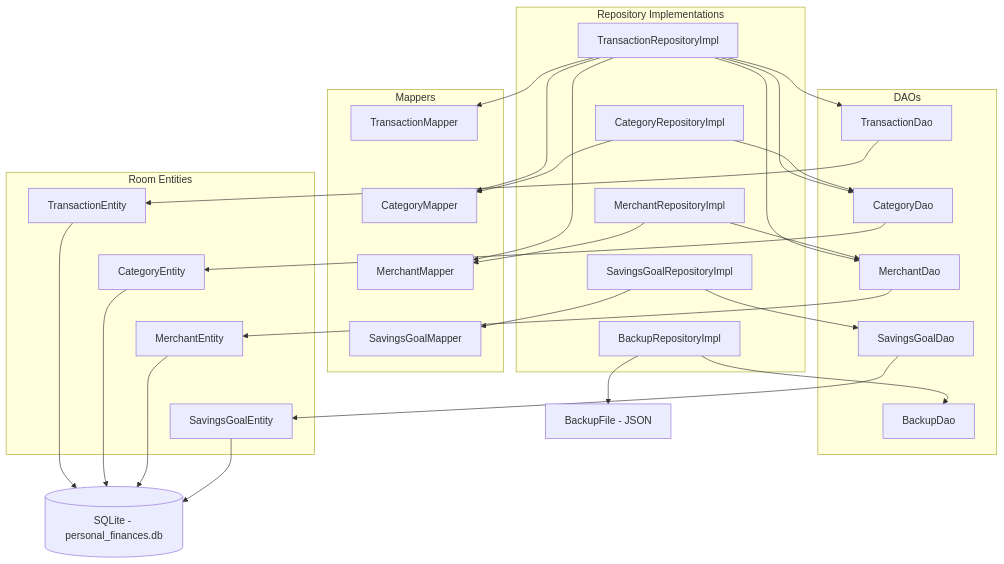
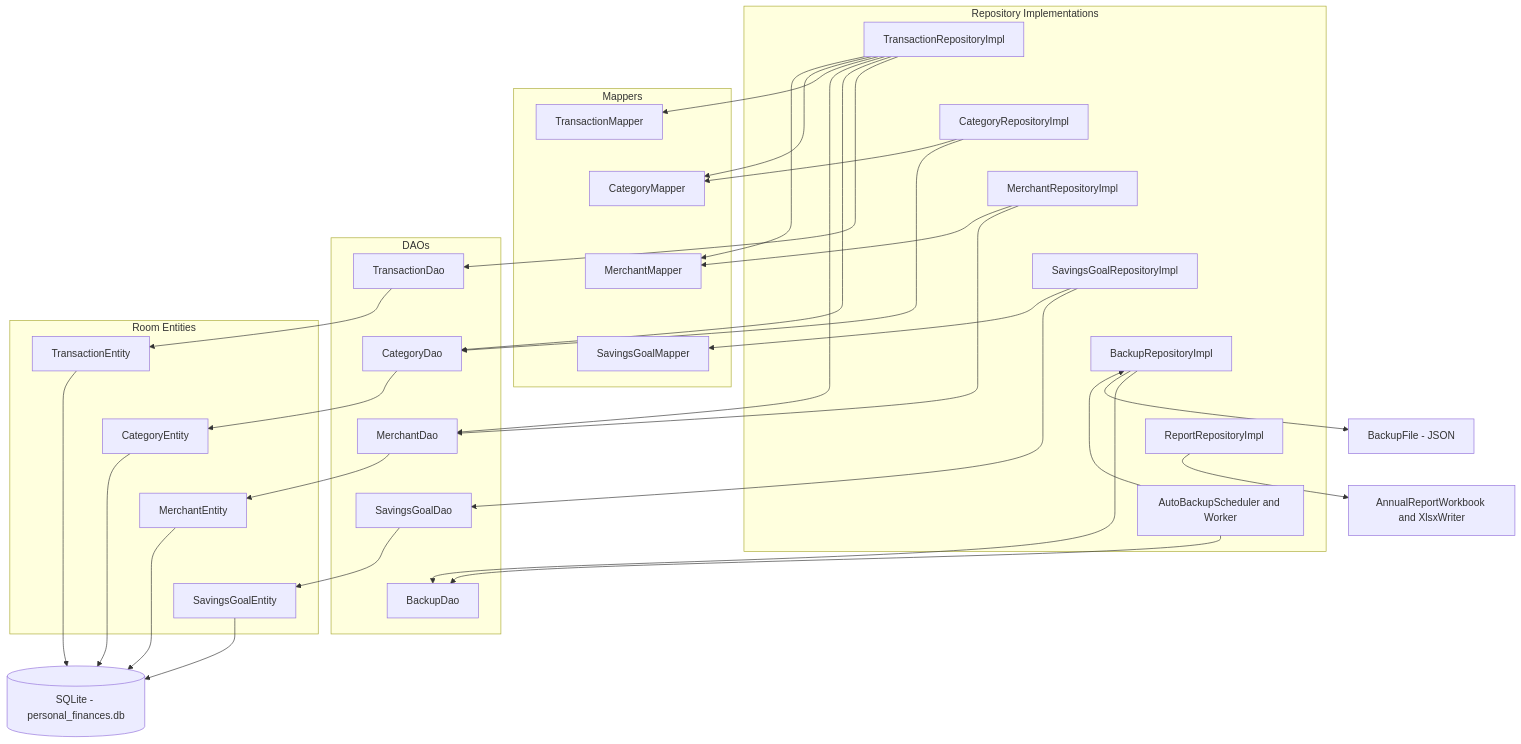
Before and after one commit to JFfarrell/financesApp: the diagram in docs/architecture/03_data.md, drawn with Mermaid. The commit also changed other lines of this file and 44 other files, not shown here.

````diff
--- a/docs/architecture/03_data.md
+++ b/docs/architecture/03_data.md
@@ -5,62 +5,67 @@
 ```mermaid
 graph TD
 
     subgraph Impls["Repository Implementations"]
         TRI["TransactionRepositoryImpl"]
         TRI ~~~ CRI["CategoryRepositoryImpl"]
         CRI ~~~ MRI["MerchantRepositoryImpl"]
         MRI ~~~ SGRI["SavingsGoalRepositoryImpl"]
         SGRI ~~~ BRI["BackupRepositoryImpl"]
+        BRI ~~~ RRI["ReportRepositoryImpl"]
+        RRI ~~~ ABS["AutoBackupScheduler and Worker"]
     end
 
     subgraph Mappers["Mappers"]
         TM["TransactionMapper"]
         TM ~~~ CM["CategoryMapper"]
         CM ~~~ MM["MerchantMapper"]
         MM ~~~ SGM["SavingsGoalMapper"]
     end
 
     subgraph DAOs["DAOs"]
         TD["TransactionDao"]
         TD ~~~ CD["CategoryDao"]
         CD ~~~ MD["MerchantDao"]
         MD ~~~ SGD["SavingsGoalDao"]
         SGD ~~~ BD["BackupDao"]
     end
 
     subgraph Entities["Room Entities"]
         TE["TransactionEntity"]
         TE ~~~ CE["CategoryEntity"]
         CE ~~~ ME["MerchantEntity"]
         ME ~~~ SGE["SavingsGoalEntity"]
     end
 
     DB[("SQLite - personal_finances.db")]
 
     TRI --> TD
     TRI --> CD
     TRI --> MD
     TRI --> TM
     TRI --> CM
     TRI --> MM
     CRI --> CD
     CRI --> CM
     MRI --> MD
     MRI --> MM
+    RRI --> XW["AnnualReportWorkbook and XlsxWriter"]
+    ABS --> BD
+    ABS --> BRI
     BRI --> BD
     BRI --> BF["BackupFile - JSON"]
     SGRI --> SGD
     SGRI --> SGM
 
     TD --> TE
     CD --> CE
     MD --> ME
     SGD --> SGE
 
     TE --> DB
     CE --> DB
     ME --> DB
     SGE --> DB
 
     TM ~~~ TE
 ```
````
